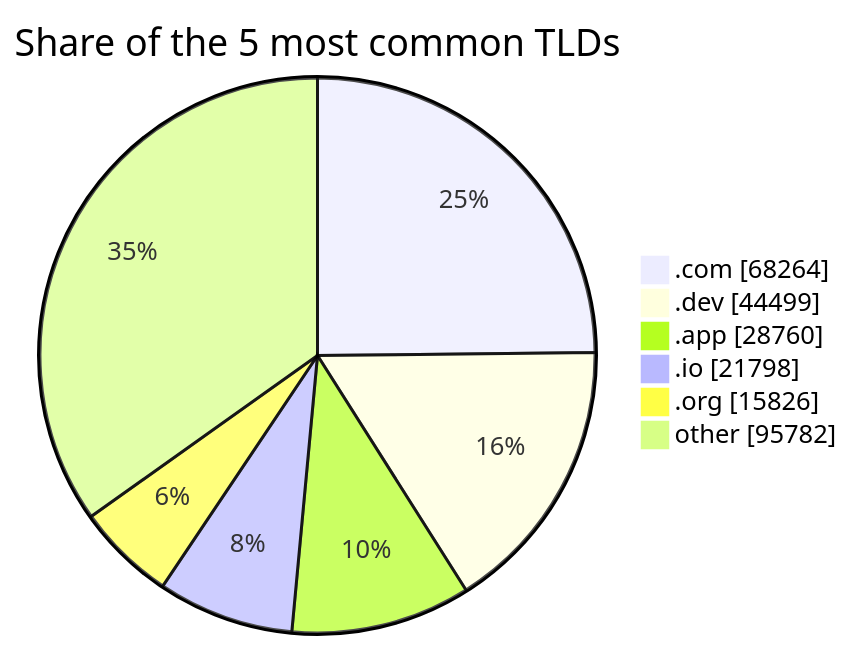
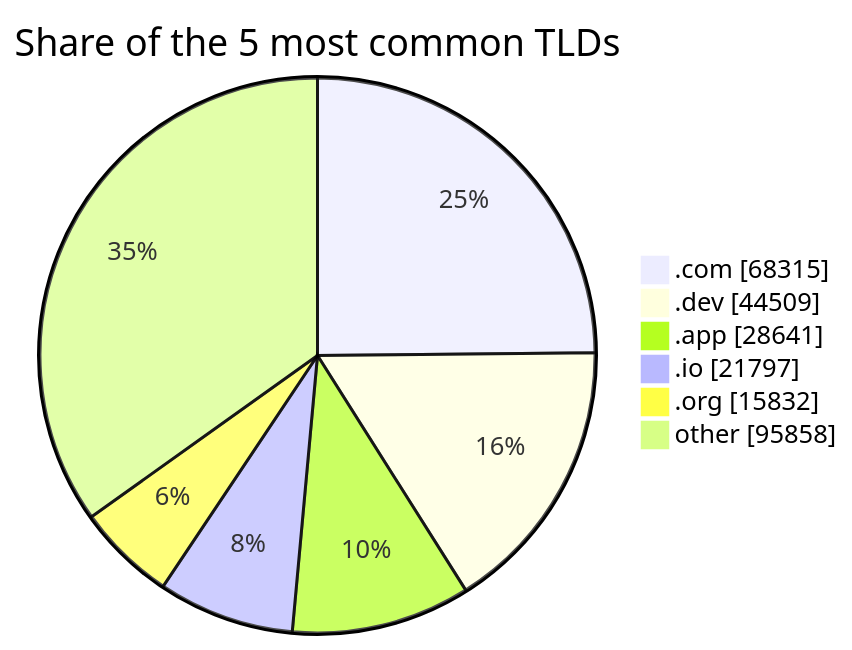
The third of 3 diagrams in README.md (DNSBunker/CTI), drawn with Mermaid before and after one commit. The commit also changed other lines of this file and 3 other files, not shown here.

````diff
--- a/README.md
+++ b/README.md
@@ -81,9 +81,9 @@
 ```mermaid
 pie showData title Share of the 5 most common TLDs
-    ".com" : 68264
-    ".dev" : 44499
-    ".app" : 28760
-    ".io" : 21798
-    ".org" : 15826
-    "other" : 95782
+    ".com" : 68315
+    ".dev" : 44509
+    ".app" : 28641
+    ".io" : 21797
+    ".org" : 15832
+    "other" : 95858
 ```
````
